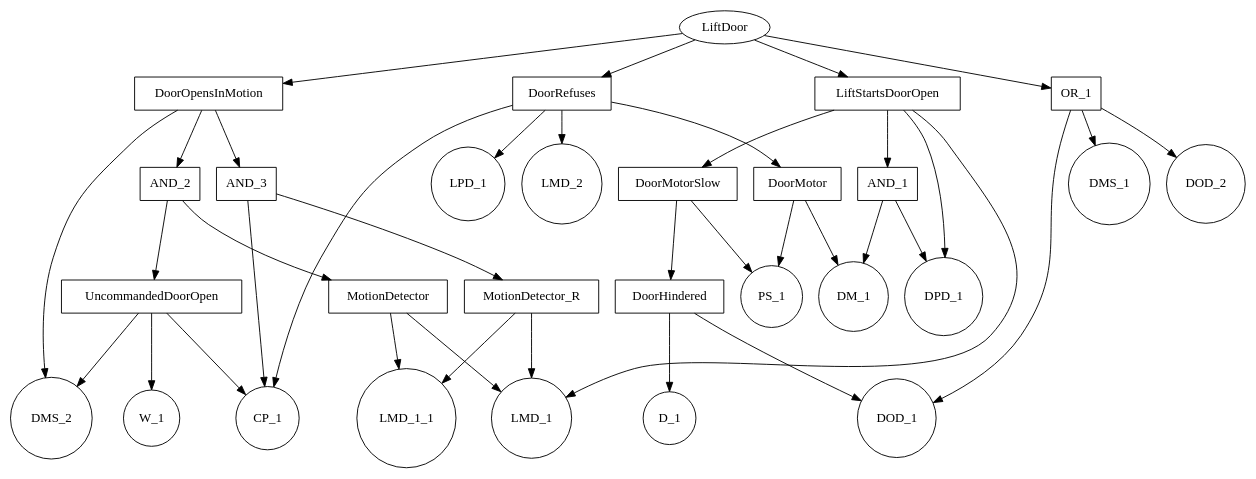
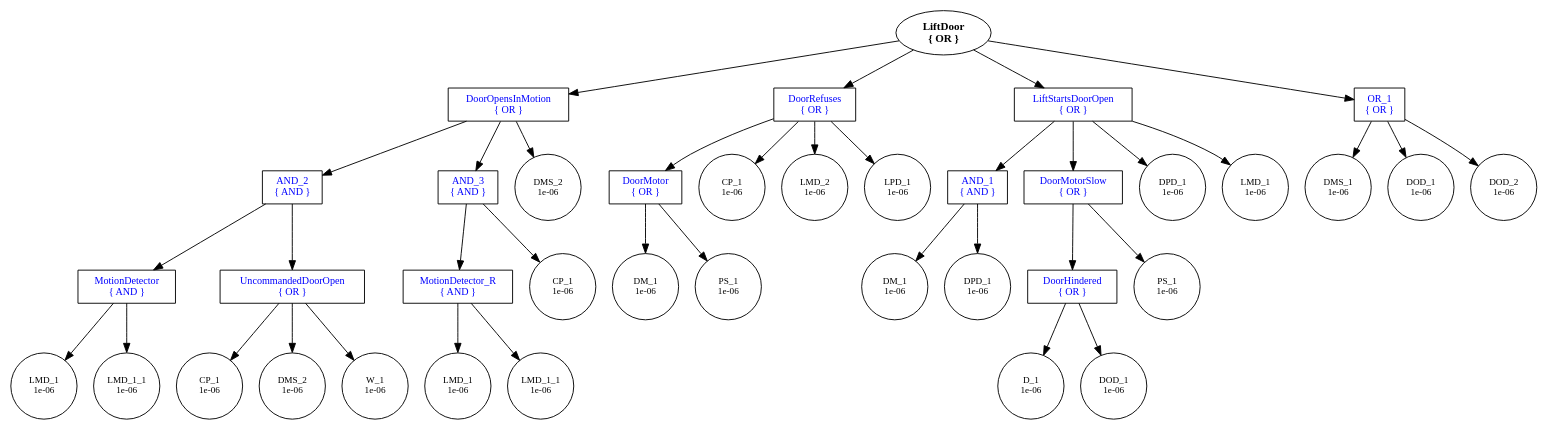
The diagram in input/Lift/lift.dot (rakhimov/scram), drawn with Graphviz before and after one commit. The commit also changed 10 other files, not shown here.

Commit message:
Better graphing capabilities.

```diff
--- a/input/Lift/lift.dot
+++ b/input/Lift/lift.dot
@@ -1,67 +1,77 @@
 digraph LIFT {
 LiftDoor -> DoorOpensInMotion;
 LiftDoor -> DoorRefuses;
 LiftDoor -> LiftStartsDoorOpen;
 LiftDoor -> OR_1;
-DoorHindered -> D_1;
-DoorHindered -> DOD_1;
+DoorHindered -> D_1_R0;
+DoorHindered -> DOD_1_R0;
 LiftStartsDoorOpen -> AND_1;
 LiftStartsDoorOpen -> DoorMotorSlow;
-LiftStartsDoorOpen -> DPD_1;
-LiftStartsDoorOpen -> LMD_1;
-OR_1 -> DMS_1;
-OR_1 -> DOD_1;
-OR_1 -> DOD_2;
-MotionDetector -> LMD_1;
-MotionDetector -> LMD_1_1;
-UncommandedDoorOpen -> CP_1;
-UncommandedDoorOpen -> DMS_2;
-UncommandedDoorOpen -> W_1;
+LiftStartsDoorOpen -> DPD_1_R0;
+LiftStartsDoorOpen -> LMD_1_R0;
+OR_1 -> DMS_1_R0;
+OR_1 -> DOD_1_R1;
+OR_1 -> DOD_2_R0;
+MotionDetector -> LMD_1_R1;
+MotionDetector -> LMD_1_1_R0;
+UncommandedDoorOpen -> CP_1_R0;
+UncommandedDoorOpen -> DMS_2_R0;
+UncommandedDoorOpen -> W_1_R0;
 DoorOpensInMotion -> AND_2;
 DoorOpensInMotion -> AND_3;
-DoorOpensInMotion -> DMS_2;
-AND_1 -> DM_1;
-AND_1 -> DPD_1;
-DoorMotor -> DM_1;
-DoorMotor -> PS_1;
+DoorOpensInMotion -> DMS_2_R1;
+AND_1 -> DM_1_R0;
+AND_1 -> DPD_1_R1;
+DoorMotor -> DM_1_R1;
+DoorMotor -> PS_1_R0;
 AND_2 -> MotionDetector;
 AND_2 -> UncommandedDoorOpen;
-DoorRefuses -> CP_1;
+DoorRefuses -> CP_1_R1;
 DoorRefuses -> DoorMotor;
-DoorRefuses -> LMD_2;
-DoorRefuses -> LPD_1;
-MotionDetector_R -> LMD_1;
-MotionDetector_R -> LMD_1_1;
+DoorRefuses -> LMD_2_R0;
+DoorRefuses -> LPD_1_R0;
+MotionDetector_R -> LMD_1_R2;
+MotionDetector_R -> LMD_1_1_R1;
 DoorMotorSlow -> DoorHindered;
-DoorMotorSlow -> PS_1;
-AND_3 -> CP_1;
+DoorMotorSlow -> PS_1_R1;
+AND_3 -> CP_1_R2;
 AND_3 -> MotionDetector_R;
-LiftDoor [shape=ellipse]
-DoorHindered [shape=box]
-LiftStartsDoorOpen [shape=box]
-OR_1 [shape=box]
-MotionDetector [shape=box]
-UncommandedDoorOpen [shape=box]
-DoorOpensInMotion [shape=box]
-AND_1 [shape=box]
-DoorMotor [shape=box]
-AND_2 [shape=box]
-DoorRefuses [shape=box]
-MotionDetector_R [shape=box]
-DoorMotorSlow [shape=box]
-AND_3 [shape=box]
-LMD_1_1 [shape=circle]
-DM_1 [shape=circle]
-DMS_1 [shape=circle]
-DOD_2 [shape=circle]
-DOD_1 [shape=circle]
-DPD_1 [shape=circle]
-LPD_1 [shape=circle]
-D_1 [shape=circle]
-CP_1 [shape=circle]
-W_1 [shape=circle]
-LMD_1 [shape=circle]
-LMD_2 [shape=circle]
-DMS_2 [shape=circle]
-PS_1 [shape=circle]
+LiftDoor [shape=ellipse, fontsize=12, fontcolor=black, fontname="times-bold", label="LiftDoor\n{ OR }"]
+DoorHindered [shape=box, fontsize=11, fontcolor=blue, label="DoorHindered\n{ OR }"]
+LiftStartsDoorOpen [shape=box, fontsize=11, fontcolor=blue, label="LiftStartsDoorOpen\n{ OR }"]
+OR_1 [shape=box, fontsize=11, fontcolor=blue, label="OR_1\n{ OR }"]
+MotionDetector [shape=box, fontsize=11, fontcolor=blue, label="MotionDetector\n{ AND }"]
+UncommandedDoorOpen [shape=box, fontsize=11, fontcolor=blue, label="UncommandedDoorOpen\n{ OR }"]
+DoorOpensInMotion [shape=box, fontsize=11, fontcolor=blue, label="DoorOpensInMotion\n{ OR }"]
+AND_1 [shape=box, fontsize=11, fontcolor=blue, label="AND_1\n{ AND }"]
+DoorMotor [shape=box, fontsize=11, fontcolor=blue, label="DoorMotor\n{ OR }"]
+AND_2 [shape=box, fontsize=11, fontcolor=blue, label="AND_2\n{ AND }"]
+DoorRefuses [shape=box, fontsize=11, fontcolor=blue, label="DoorRefuses\n{ OR }"]
+MotionDetector_R [shape=box, fontsize=11, fontcolor=blue, label="MotionDetector_R\n{ AND }"]
+DoorMotorSlow [shape=box, fontsize=11, fontcolor=blue, label="DoorMotorSlow\n{ OR }"]
+AND_3 [shape=box, fontsize=11, fontcolor=blue, label="AND_3\n{ AND }"]
+CP_1_R0 [shape=circle, height=1, fontsize=10, fixedsize=true, fontcolor=black, label="CP_1\n1e-06"]
+CP_1_R1 [shape=circle, height=1, fontsize=10, fixedsize=true, fontcolor=black, label="CP_1\n1e-06"]
+CP_1_R2 [shape=circle, height=1, fontsize=10, fixedsize=true, fontcolor=black, label="CP_1\n1e-06"]
+D_1_R0 [shape=circle, height=1, fontsize=10, fixedsize=true, fontcolor=black, label="D_1\n1e-06"]
+DM_1_R0 [shape=circle, height=1, fontsize=10, fixedsize=true, fontcolor=black, label="DM_1\n1e-06"]
+DM_1_R1 [shape=circle, height=1, fontsize=10, fixedsize=true, fontcolor=black, label="DM_1\n1e-06"]
+DMS_1_R0 [shape=circle, height=1, fontsize=10, fixedsize=true, fontcolor=black, label="DMS_1\n1e-06"]
+DMS_2_R0 [shape=circle, height=1, fontsize=10, fixedsize=true, fontcolor=black, label="DMS_2\n1e-06"]
+DMS_2_R1 [shape=circle, height=1, fontsize=10, fixedsize=true, fontcolor=black, label="DMS_2\n1e-06"]
+DOD_1_R0 [shape=circle, height=1, fontsize=10, fixedsize=true, fontcolor=black, label="DOD_1\n1e-06"]
+DOD_1_R1 [shape=circle, height=1, fontsize=10, fixedsize=true, fontcolor=black, label="DOD_1\n1e-06"]
+DOD_2_R0 [shape=circle, height=1, fontsize=10, fixedsize=true, fontcolor=black, label="DOD_2\n1e-06"]
+DPD_1_R0 [shape=circle, height=1, fontsize=10, fixedsize=true, fontcolor=black, label="DPD_1\n1e-06"]
+DPD_1_R1 [shape=circle, height=1, fontsize=10, fixedsize=true, fontcolor=black, label="DPD_1\n1e-06"]
+LMD_1_R0 [shape=circle, height=1, fontsize=10, fixedsize=true, fontcolor=black, label="LMD_1\n1e-06"]
+LMD_1_R1 [shape=circle, height=1, fontsize=10, fixedsize=true, fontcolor=black, label="LMD_1\n1e-06"]
+LMD_1_R2 [shape=circle, height=1, fontsize=10, fixedsize=true, fontcolor=black, label="LMD_1\n1e-06"]
+LMD_1_1_R0 [shape=circle, height=1, fontsize=10, fixedsize=true, fontcolor=black, label="LMD_1_1\n1e-06"]
+LMD_1_1_R1 [shape=circle, height=1, fontsize=10, fixedsize=true, fontcolor=black, label="LMD_1_1\n1e-06"]
+LMD_2_R0 [shape=circle, height=1, fontsize=10, fixedsize=true, fontcolor=black, label="LMD_2\n1e-06"]
+LPD_1_R0 [shape=circle, height=1, fontsize=10, fixedsize=true, fontcolor=black, label="LPD_1\n1e-06"]
+PS_1_R0 [shape=circle, height=1, fontsize=10, fixedsize=true, fontcolor=black, label="PS_1\n1e-06"]
+PS_1_R1 [shape=circle, height=1, fontsize=10, fixedsize=true, fontcolor=black, label="PS_1\n1e-06"]
+W_1_R0 [shape=circle, height=1, fontsize=10, fixedsize=true, fontcolor=black, label="W_1\n1e-06"]
 }
```
